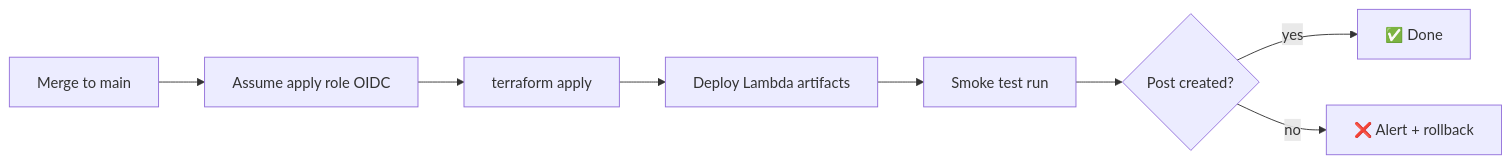
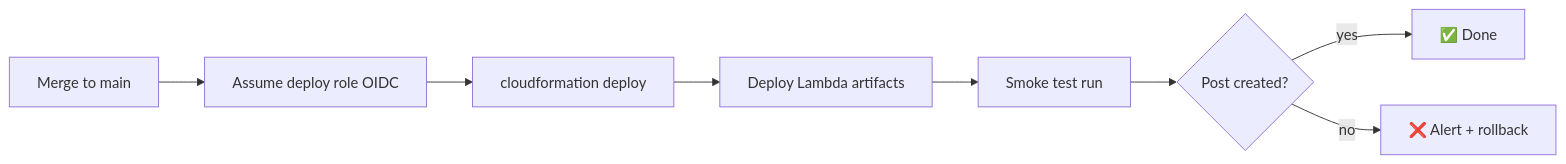
One commit to teddynted/ai-github-repository-blog-generator changed the second of 2 diagrams in docs/ci-cd.md. Above: the diagram before and after it, drawn with Mermaid. The commit also changed other lines of this file and 11 other files, not shown here.

````diff
--- a/docs/ci-cd.md
+++ b/docs/ci-cd.md
@@ -125,10 +132,10 @@
 ```mermaid
 flowchart LR
-    A[Merge to main] --> B[Assume apply role OIDC]
-    B --> C[terraform apply]
+    A[Merge to main] --> B[Assume deploy role OIDC]
+    B --> C[cloudformation deploy]
     C --> D[Deploy Lambda artifacts]
     D --> E[Smoke test run]
     E --> F{Post created?}
     F -- yes --> G[✅ Done]
     F -- no --> H[❌ Alert + rollback]
 ```
````
